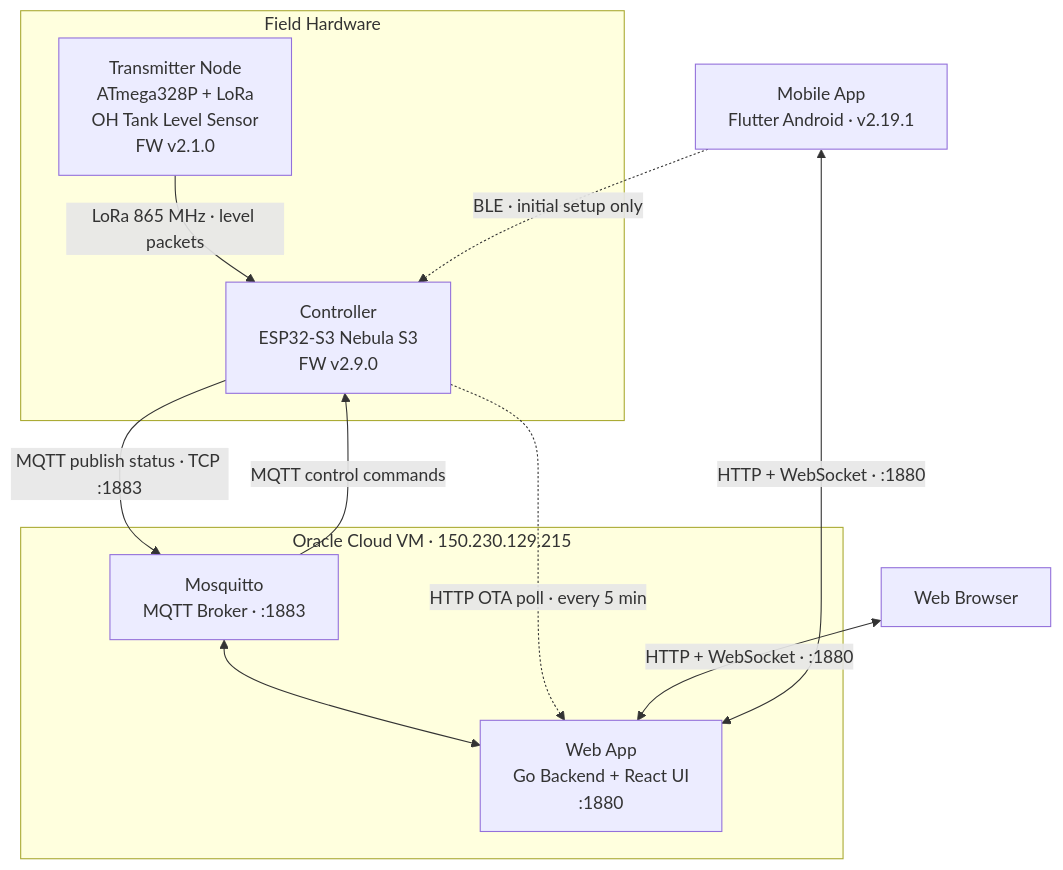
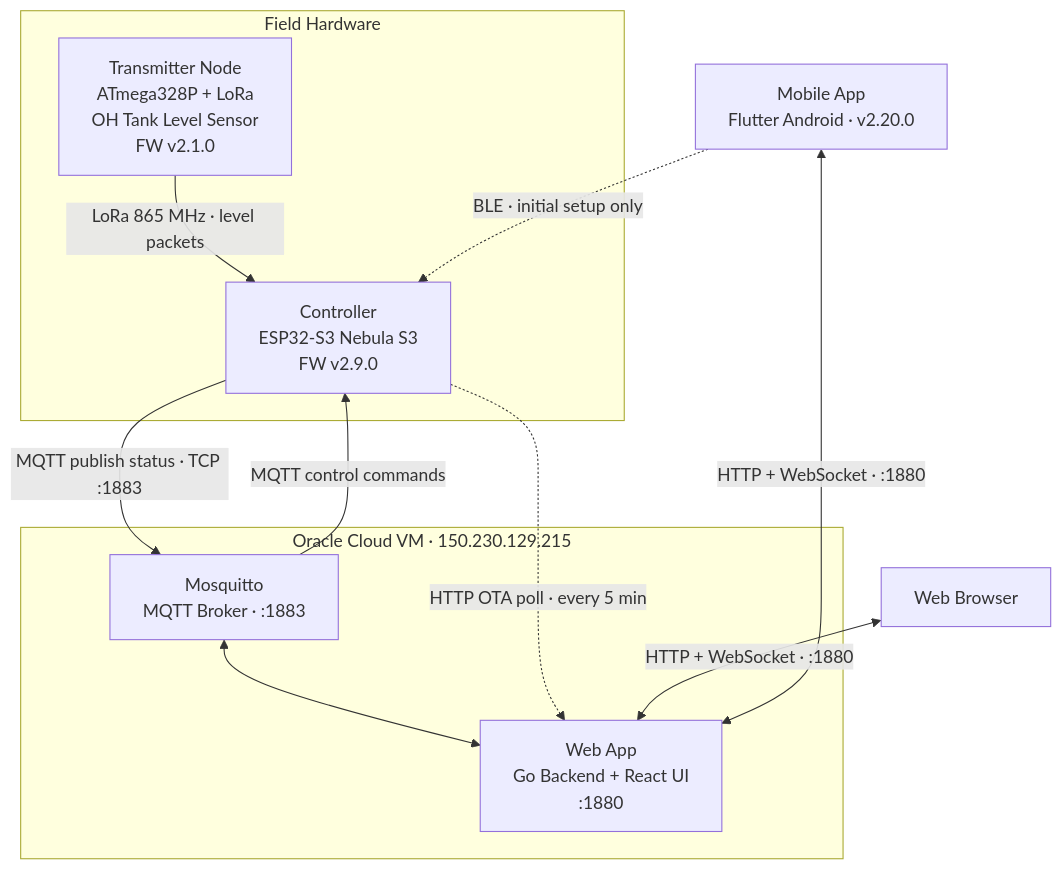
One commit to nperiannan/TankMonitor changed the first of 2 diagrams in README.md. Above: the diagram before and after it, drawn with Mermaid. The commit also changed other lines of this file and 5 other files, not shown here.

First line of the commit message:
MobileApp v2.20.0: History screen overhaul

````diff
--- a/README.md
+++ b/README.md
@@ -9,25 +9,25 @@
 ```mermaid
 flowchart TD
     subgraph Field["Field Hardware"]
         TX["Transmitter Node\nATmega328P + LoRa\nOH Tank Level Sensor\nFW v2.1.0"]
         CTRL["Controller\nESP32-S3 Nebula S3\nFW v2.9.0"]
         TX -- "LoRa 865 MHz · level packets" --> CTRL
     end
 
     subgraph Server["Oracle Cloud VM · 150.230.129.215"]
         MQ["Mosquitto\nMQTT Broker · :1883"]
         WEB["Web App\nGo Backend + React UI\n:1880"]
         MQ <--> WEB
     end
 
     CTRL -- "MQTT publish status · TCP :1883" --> MQ
     MQ -- "MQTT control commands" --> CTRL
     CTRL -. "HTTP OTA poll · every 5 min" .-> WEB
 
     BROWSER["Web Browser"]
-    APP["Mobile App\nFlutter Android · v2.19.1"]
+    APP["Mobile App\nFlutter Android · v2.20.0"]
 
     BROWSER <-- "HTTP + WebSocket · :1880" --> WEB
     APP <-- "HTTP + WebSocket · :1880" --> WEB
     APP -. "BLE · initial setup only" .-> CTRL
 ```
````
